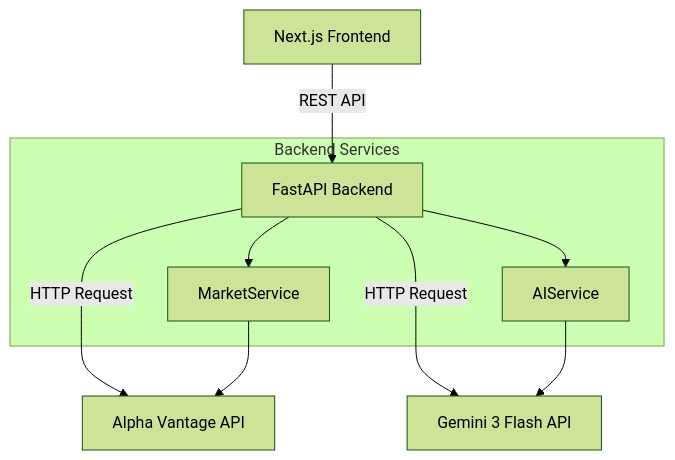
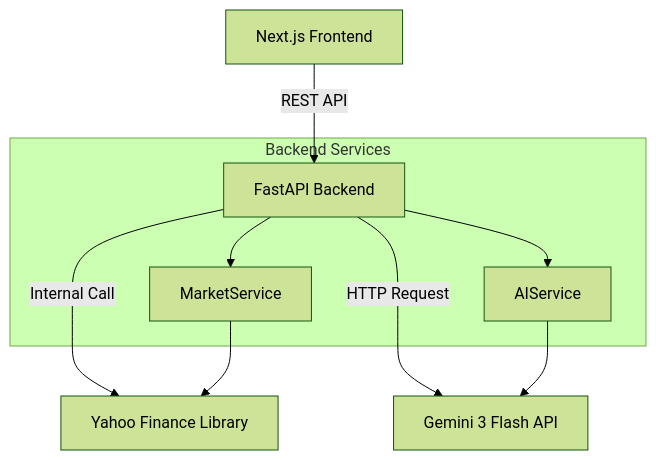
The first of 2 diagrams in week4/traderpulse/ARCHITECTURE.md (ykro/ai-native-dev), drawn with Mermaid (forest theme) before and after one commit. The commit also changed other lines of this file and 19 other files, not shown here.

````diff
--- a/week4/traderpulse/ARCHITECTURE.md
+++ b/week4/traderpulse/ARCHITECTURE.md
@@ -12,14 +12,14 @@
 ```mermaid
 graph TD
     Client[Next.js Frontend] -->|REST API| API[FastAPI Backend]
-    API -->|HTTP Request| AV[Alpha Vantage API]
+    API -->|Internal Call| YF[Yahoo Finance Library]
     API -->|HTTP Request| Gemini[Gemini 3 Flash API]
     
     subgraph Backend Services
         API --> MarketService
         API --> AIService
     end
     
-    MarketService --> AV
+    MarketService --> YF
     AIService --> Gemini
 ```
````
